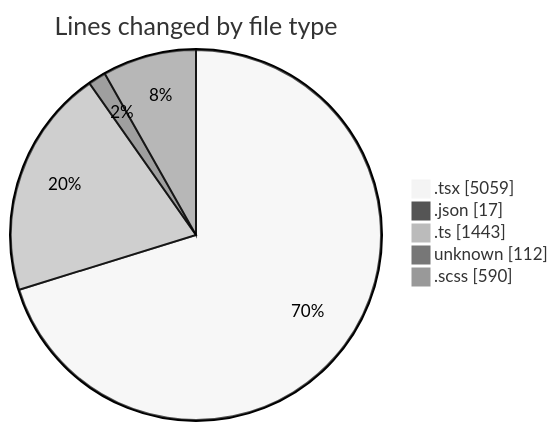
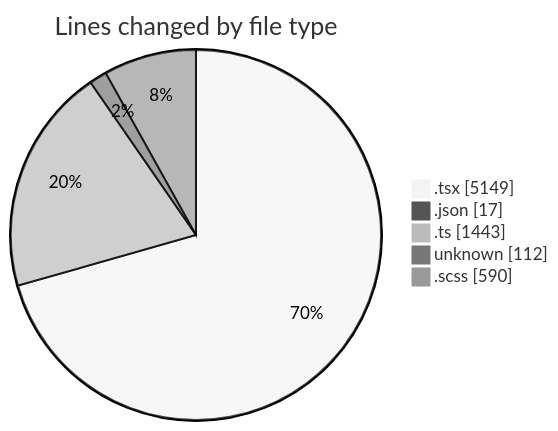
One commit to momahboobian/code-tracking changed the first of 2 diagrams in 2026-04-30/cda/README.md. Above: the diagram before and after it, drawn with Mermaid (neutral theme). The commit also changed other lines of this file and 1 other file, not shown here.

````diff
--- a/2026-04-30/cda/README.md
+++ b/2026-04-30/cda/README.md
@@ -69,9 +69,9 @@
 ```mermaid
 pie showData
 title Lines changed by file type
-".tsx" : 5059
+".tsx" : 5149
 ".json" : 17
 ".ts" : 1443
 "unknown" : 112
 ".scss" : 590
 ```
````
